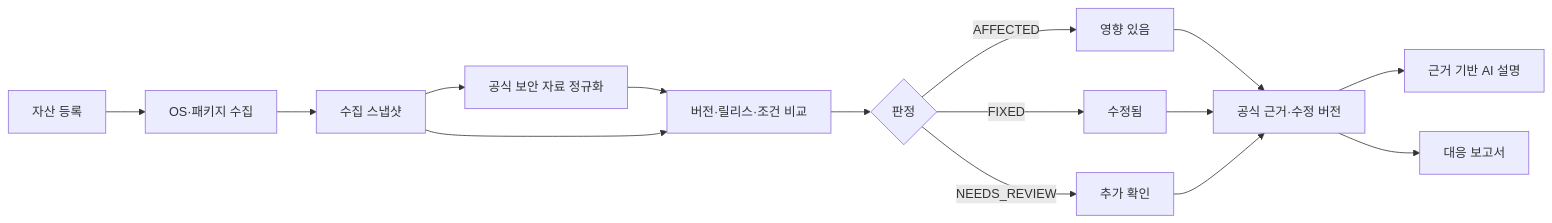
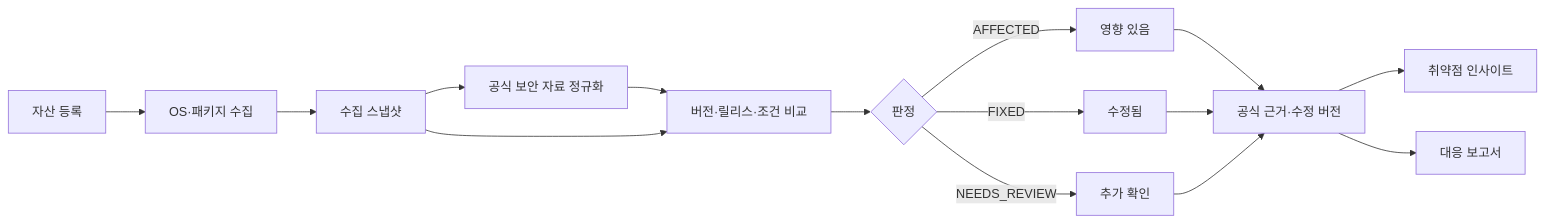
One commit to Keeper-BM/cti-agent changed the third of 3 diagrams in README.md. Above: the diagram before and after it, drawn with Mermaid. The commit also changed other lines of this file and 9 other files, not shown here.

````diff
--- a/README.md
+++ b/README.md
@@ -127,17 +127,17 @@
 ```mermaid
 flowchart LR
     A[자산 등록] --> B[OS·패키지 수집]
     B --> C[수집 스냅샷]
     C --> D[공식 보안 자료 정규화]
     D --> E[버전·릴리스·조건 비교]
     C --> E
     E --> F{판정}
     F -->|AFFECTED| G[영향 있음]
     F -->|FIXED| H[수정됨]
     F -->|NEEDS_REVIEW| I[추가 확인]
     G --> J[공식 근거·수정 버전]
     H --> J
     I --> J
-    J --> K[근거 기반 AI 설명]
+    J --> K[취약점 인사이트]
     J --> L[대응 보고서]
 ```
````
